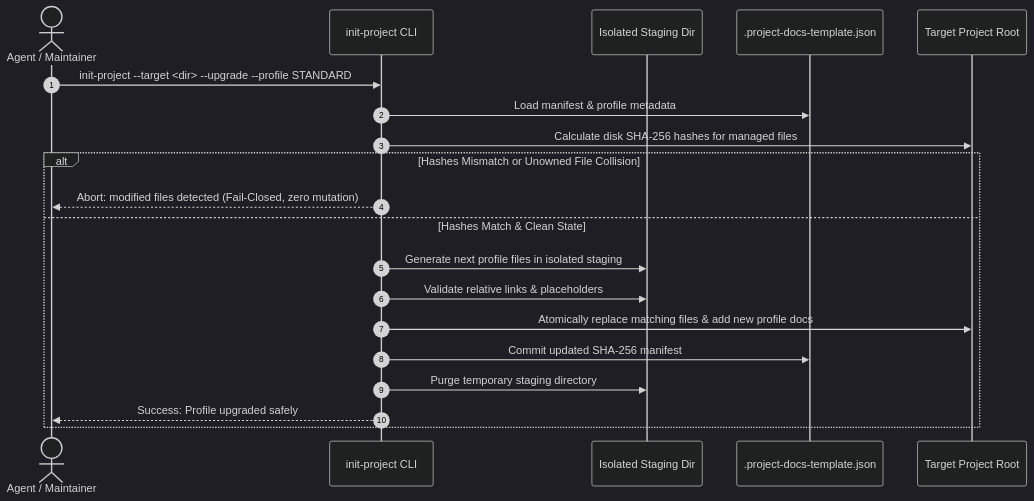
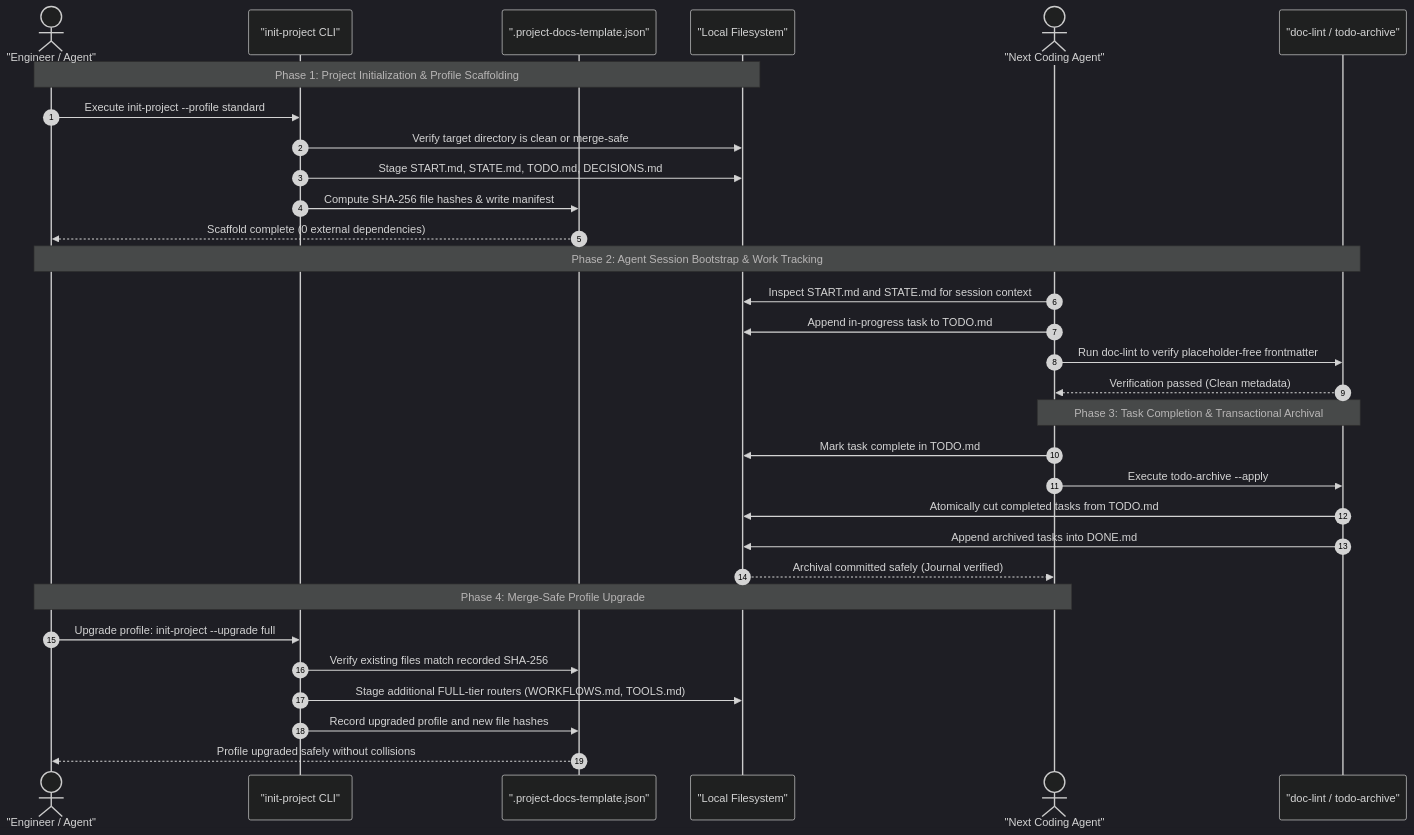
Before and after one commit to ellmos-ai/project-docs-template: the second of 2 diagrams in README.md, drawn with Mermaid (dark theme). The commit also changed other lines of this file and 8 other files, not shown here.

Commit message:
docs(marketing): 18-point bilingual navigation, visual architecture, Level 1 SBOM, and Pfad B discoverability overhaul [G 2026-09-20]

````diff
--- a/README.md
+++ b/README.md
@@ -150,23 +113,37 @@
 ```mermaid
 sequenceDiagram
     autonumber
-    actor User as Agent / Maintainer
-    participant CLI as init-project CLI
-    participant Stage as Isolated Staging Dir
-    participant Manifest as .project-docs-template.json
-    participant Target as Target Project Root
+    actor Engineer as "Engineer / Agent"
+    participant CLI as "init-project CLI"
+    participant Manifest as ".project-docs-template.json"
+    participant FS as "Local Filesystem"
+    actor NextAgent as "Next Coding Agent"
+    participant Linter as "doc-lint / todo-archive"
 
-    User->>CLI: init-project --target <dir> --upgrade --profile STANDARD
-    CLI->>Manifest: Load manifest & profile metadata
-    CLI->>Target: Calculate disk SHA-256 hashes for managed files
-    alt Hashes Mismatch or Unowned File Collision
-        CLI-->>User: Abort: modified files detected (Fail-Closed, zero mutation)
-    else Hashes Match & Clean State
-        CLI->>Stage: Generate next profile files in isolated staging
-        CLI->>Stage: Validate relative links & placeholders
-        CLI->>Target: Atomically replace matching files & add new profile docs
-        CLI->>Manifest: Commit updated SHA-256 manifest
-        CLI->>Stage: Purge temporary staging directory
-        CLI-->>User: Success: Profile upgraded safely
-    end
+    Note over Engineer,FS: Phase 1: Project Initialization & Profile Scaffolding
+    Engineer->>CLI: Execute init-project --profile standard
+    CLI->>FS: Verify target directory is clean or merge-safe
+    CLI->>FS: Stage START.md, STATE.md, TODO.md, DECISIONS.md
+    CLI->>Manifest: Compute SHA-256 file hashes & write manifest
+    Manifest-->>Engineer: Scaffold complete (0 external dependencies)
+
+    Note over Engineer,Linter: Phase 2: Agent Session Bootstrap & Work Tracking
+    NextAgent->>FS: Inspect START.md and STATE.md for session context
+    NextAgent->>FS: Append in-progress task to TODO.md
+    NextAgent->>Linter: Run doc-lint to verify placeholder-free frontmatter
+    Linter-->>NextAgent: Verification passed (Clean metadata)
+
+    Note over NextAgent,Linter: Phase 3: Task Completion & Transactional Archival
+    NextAgent->>FS: Mark task complete in TODO.md
+    NextAgent->>Linter: Execute todo-archive --apply
+    Linter->>FS: Atomically cut completed tasks from TODO.md
+    Linter->>FS: Append archived tasks into DONE.md
+    FS-->>NextAgent: Archival committed safely (Journal verified)
+
+    Note over Engineer,NextAgent: Phase 4: Merge-Safe Profile Upgrade
+    Engineer->>CLI: Upgrade profile: init-project --upgrade full
+    CLI->>Manifest: Verify existing files match recorded SHA-256
+    CLI->>FS: Stage additional FULL-tier routers (WORKFLOWS.md, TOOLS.md)
+    CLI->>Manifest: Record upgraded profile and new file hashes
+    Manifest-->>Engineer: Profile upgraded safely without collisions
 ```
````
